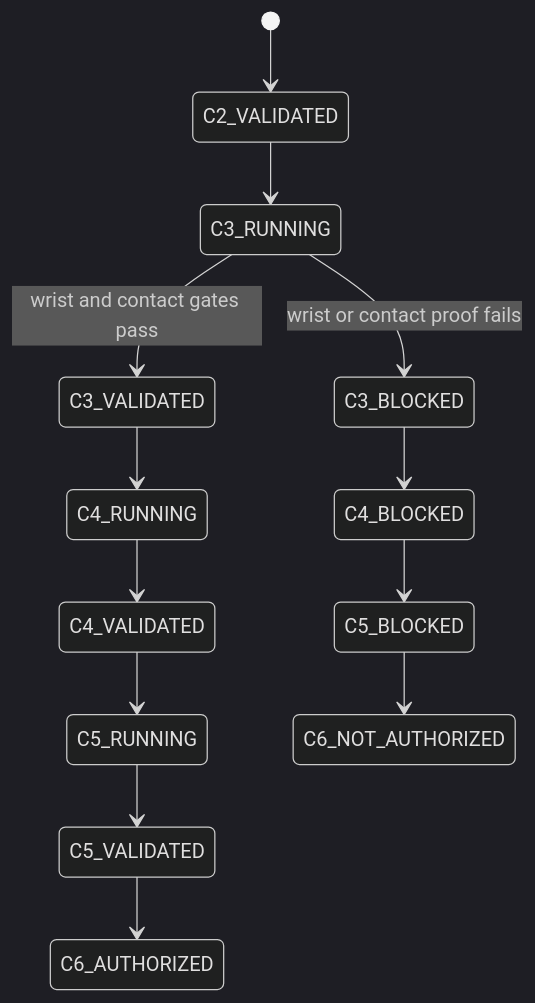
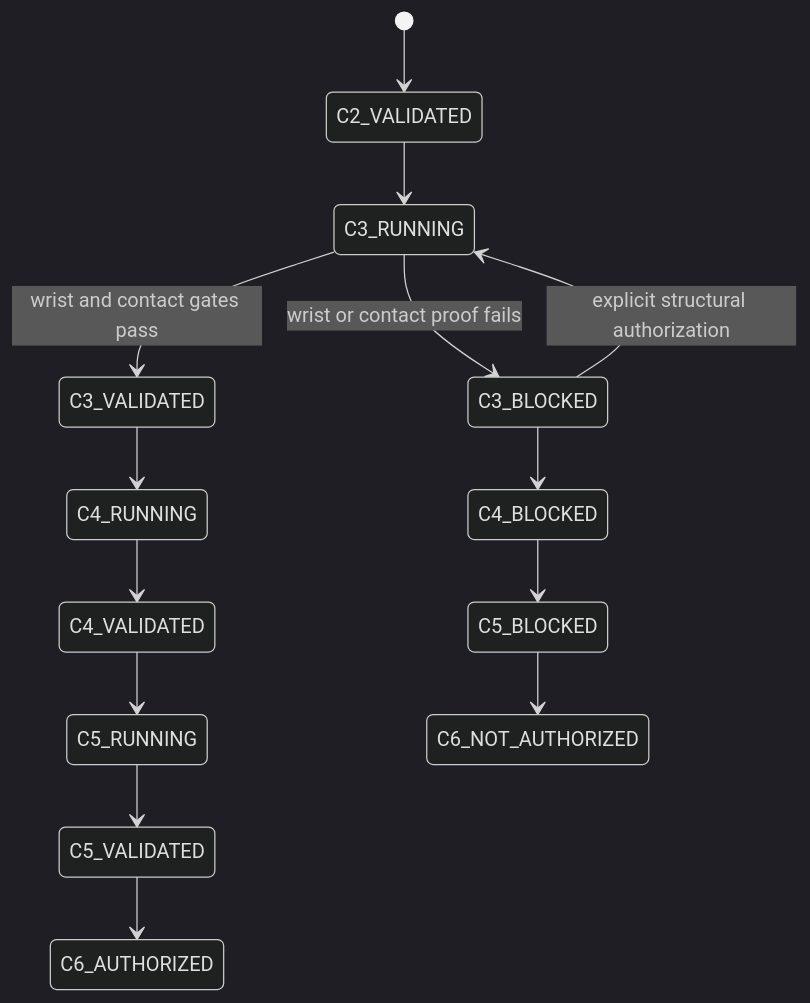
One commit to Key-Zzs/TopoRetarget-Repro changed the diagram in docs/rl/FAILURE_RECOVERY_STATE_MACHINE.md. Above: the diagram before and after it, drawn with Mermaid (dark theme). The commit also changed other lines of this file and 27 other files, not shown here.

````diff
--- a/docs/rl/FAILURE_RECOVERY_STATE_MACHINE.md
+++ b/docs/rl/FAILURE_RECOVERY_STATE_MACHINE.md
@@ -72,15 +72,16 @@
 ```mermaid
 stateDiagram-v2
     [*] --> C2_VALIDATED
     C2_VALIDATED --> C3_RUNNING
     C3_RUNNING --> C3_VALIDATED: wrist and contact gates pass
     C3_RUNNING --> C3_BLOCKED: wrist or contact proof fails
     C3_VALIDATED --> C4_RUNNING
     C4_RUNNING --> C4_VALIDATED
     C4_VALIDATED --> C5_RUNNING
     C5_RUNNING --> C5_VALIDATED
     C5_VALIDATED --> C6_AUTHORIZED
     C3_BLOCKED --> C4_BLOCKED
     C4_BLOCKED --> C5_BLOCKED
     C5_BLOCKED --> C6_NOT_AUTHORIZED
+    C3_BLOCKED --> C3_RUNNING: explicit structural authorization
 ```
````
